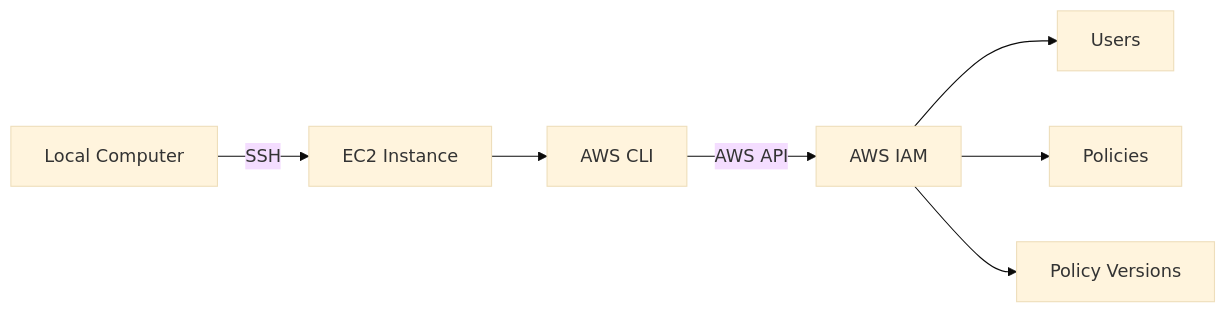
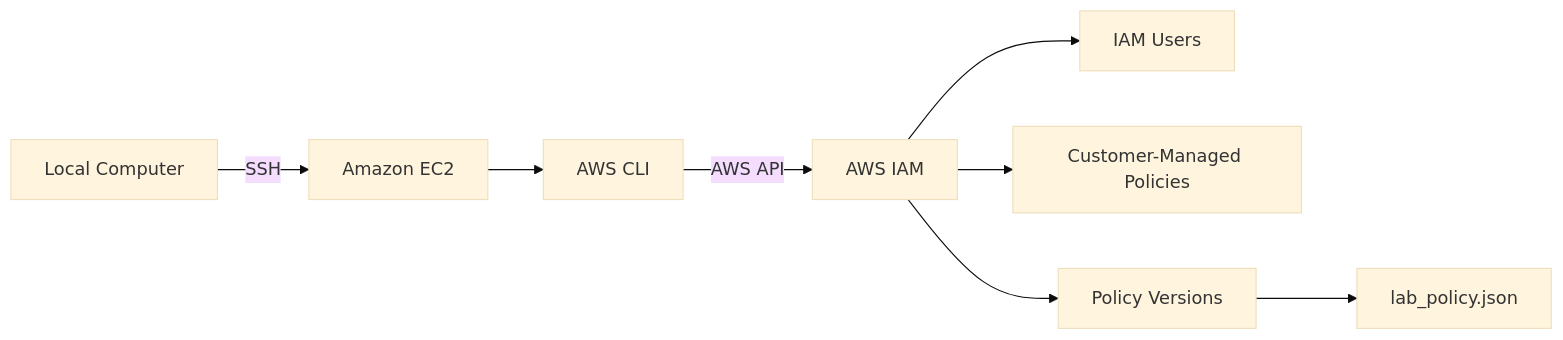
One commit to laisrdrgs/cloud-labs changed the first of 4 diagrams in 04-cli-install-config/README.md. Above: the diagram before and after it, drawn with Mermaid (base theme). The commit also changed other lines of this file, not shown here.

First line of the commit message:
Revise README for AWS CLI lab clarity

````diff
--- a/04-cli-install-config/README.md
+++ b/04-cli-install-config/README.md
@@ -23,10 +19,16 @@
 ```mermaid
 flowchart LR
-    A["Local Computer"] -->|SSH| B["EC2 Instance"]
-    B --> C["AWS CLI"]
-    C -->|"AWS API"| D["AWS IAM"]
+    USER["Local Computer"]
 
-    D --> E["Users"]
-    D --> F["Policies"]
-    D --> G["Policy Versions"]
+    USER -->|"SSH"| EC2["Amazon EC2"]
+
+    EC2 --> CLI["AWS CLI"]
+
+    CLI -->|"AWS API"| IAM["AWS IAM"]
+
+    IAM --> USERS["IAM Users"]
+    IAM --> POLICIES["Customer-Managed Policies"]
+    IAM --> VERSIONS["Policy Versions"]
+
+    VERSIONS --> JSON["lab_policy.json"]
 ```
````
